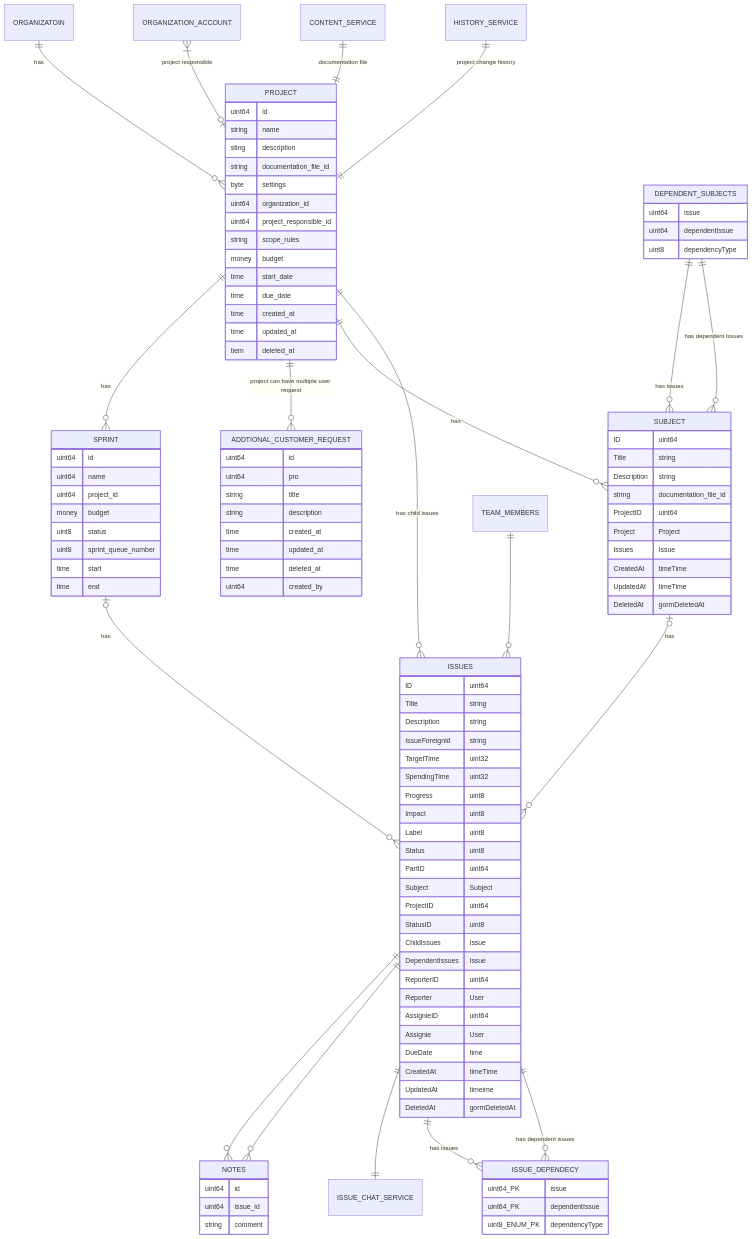
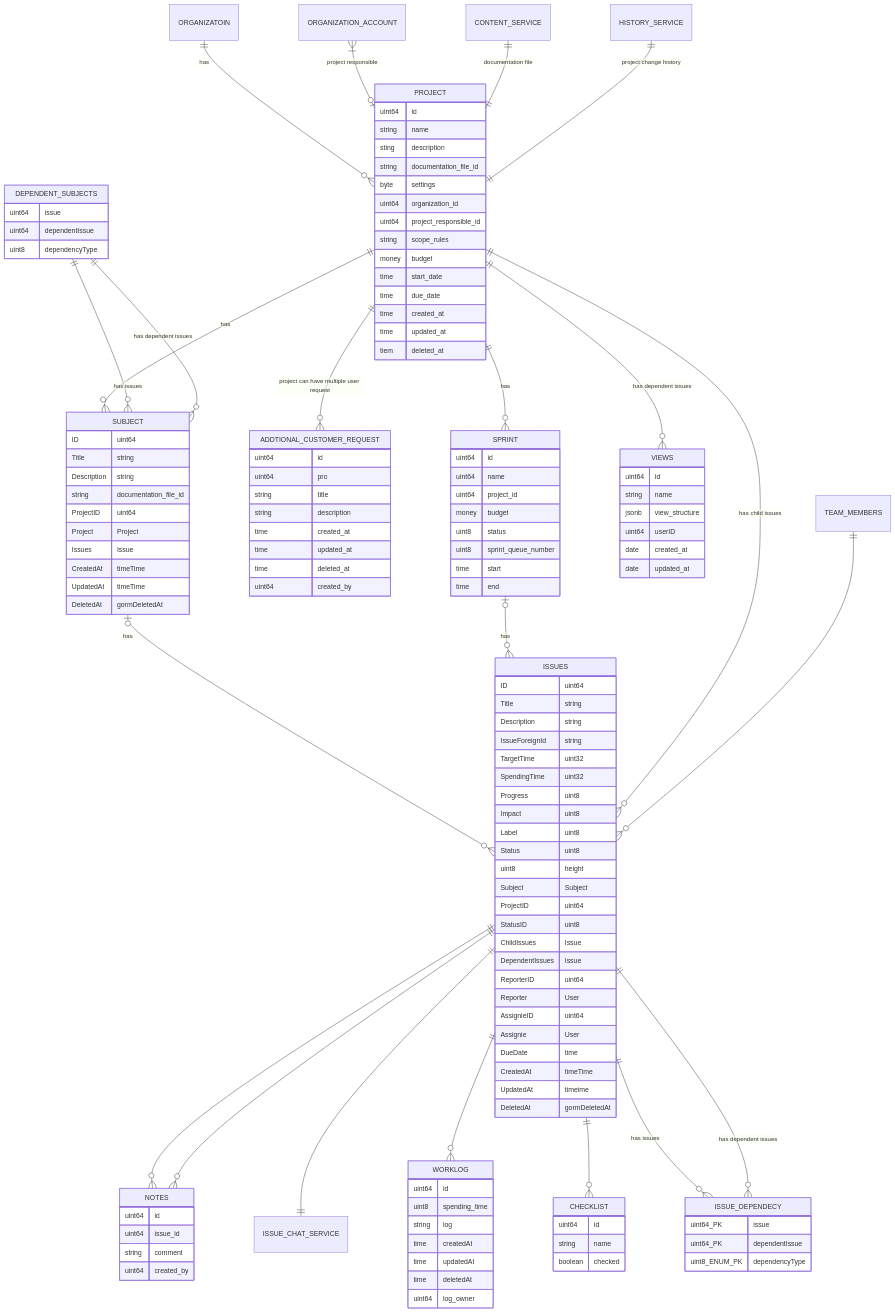
One commit to DEONSKY/ProjectManagementAppDoc changed the third of 3 diagrams in README.md. Above: the diagram before and after it, drawn with Mermaid. The commit also changed other lines of this file, not shown here.

```diff
--- a/README.md
+++ b/README.md
@@ -232,6 +301,16 @@
 DEPENDENT_SUBJECTS ||--o{  SUBJECT : "has issues"
 DEPENDENT_SUBJECTS ||--o{  SUBJECT : "has dependent issues"
 
+PROJECT ||--o{  VIEWS: "has dependent issues"
+
+VIEWS {
+  uint64 id
+  string name
+  jsonb view_structure
+  uint64 userID
+  date created_at
+  date updated_at
+}
 
 PROJECT ||--o{  ISSUES : "has child issues"
 ISSUES ||--o{  NOTES: ""
@@ -242,6 +321,7 @@
 	uint64 id
 	uint64 issue_id
 	string comment
+	uint64 created_by
 }
 
 ISSUES {
@@ -255,7 +335,7 @@
 	Impact uint8
 	Label uint8
 	Status uint8
-	PartID uint64  
+	uint8 height 
 	Subject Subject 
 	ProjectID uint64  
 	StatusID uint8 
@@ -269,6 +349,24 @@
 	CreatedAt timeTime 
 	UpdatedAt timeime 
 	DeletedAt gormDeletedAt 
+}
+
+ISSUES ||--o{ WORKLOG : ""
+WORKLOG {
+	uint64 id
+	uint8 spending_time
+	string log
+	time createdAt
+	time updatedAt
+	time deletedAt
+	uint64 log_owner
+	
+}
+ISSUES ||--o{ CHECKLIST: ""
+CHECKLIST{
+	uint64 id
+	string name
+	boolean checked
 }
 
 ISSUES ||--o{  ISSUE_DEPENDECY : "has issues"
```
